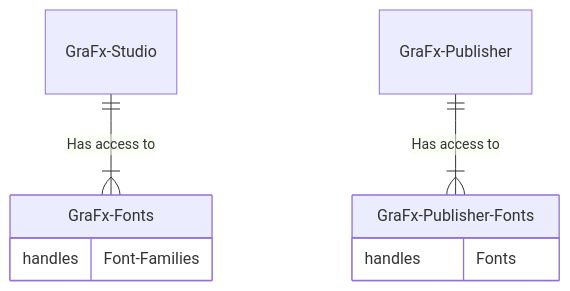
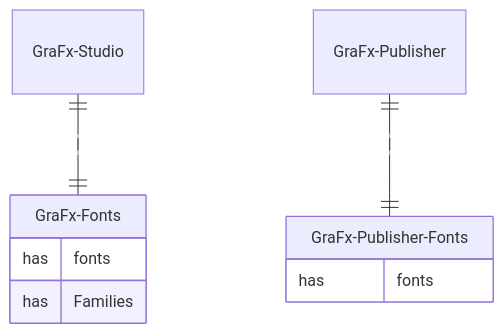
One commit to chili-publish/grafx-documentation changed the diagram in docs/GraFx-Fonts/index.md. Above: the diagram before and after it, drawn with Mermaid. The commit also changed other lines of this file and 2 other files, not shown here.

Commit message:
implementation in studio

````diff
--- a/docs/GraFx-Fonts/index.md
+++ b/docs/GraFx-Fonts/index.md
@@ -15,11 +15,12 @@
 ``` mermaid
 erDiagram
-  GraFx-Studio ||--|{ GraFx-Fonts : "Has access to"
-  GraFx-Publisher ||--|{ GraFx-Publisher-Fonts : "Has access to"
+  GraFx-Studio ||--|| GraFx-Fonts : "|"
+  GraFx-Publisher ||--|| GraFx-Publisher-Fonts : "|"
   GraFx-Fonts {
-  	handles Font-Families
+  	has fonts
+  	has Families
   }  
   GraFx-Publisher-Fonts {
-  	handles Fonts
+  	has fonts
   }  
 ```
````
